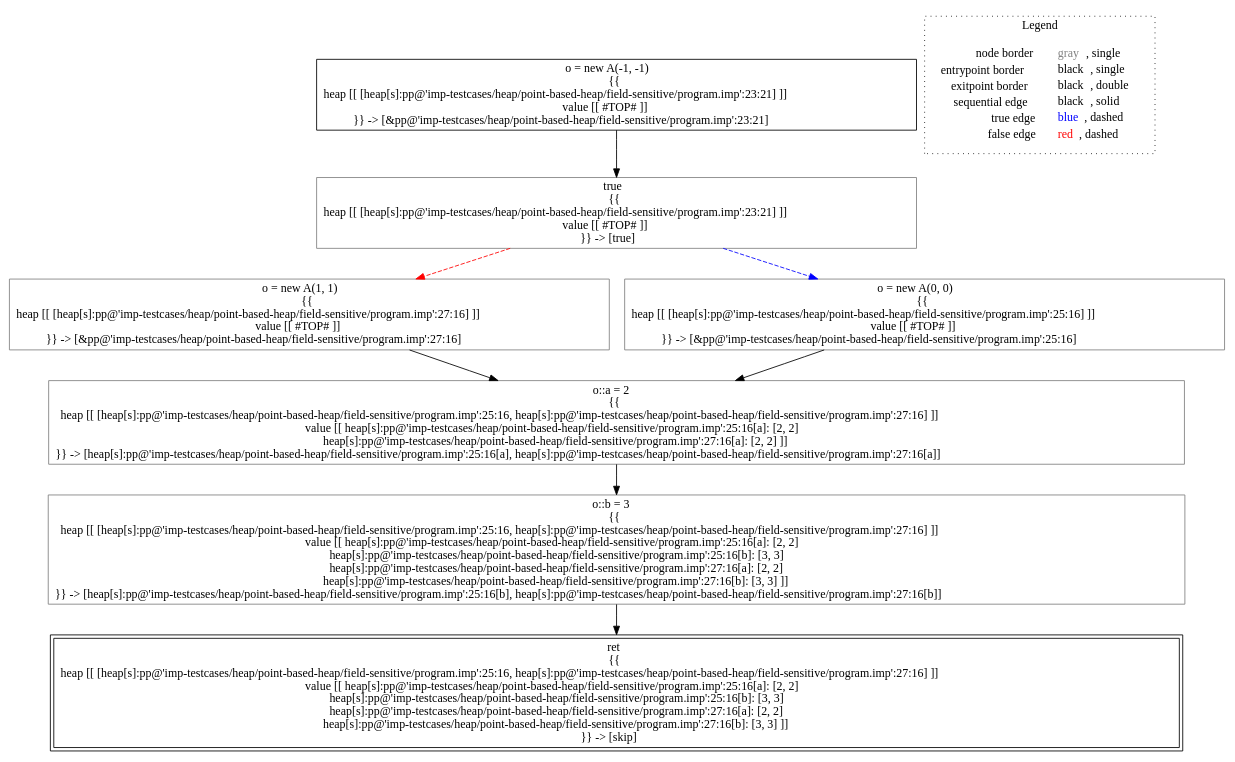
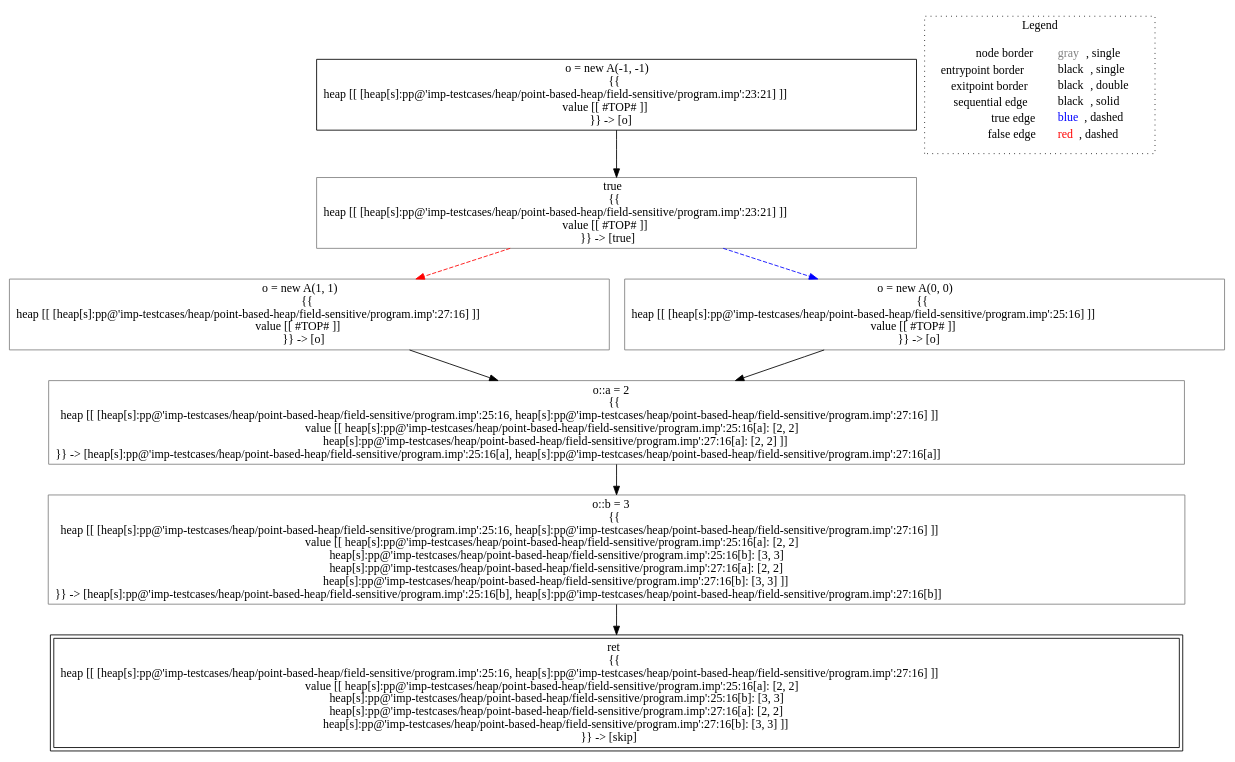
Before and after one commit to lisa-analyzer/lisa: the diagram in lisa/imp-testcases/heap/point-based-heap/field-sensitive/analysis___untyped_A.f3(A_this).dot, drawn with Graphviz. The commit also changed 33 other files, not shown here.

Commit message:
#95 refactored new heap symbolic expressions, removed rewriting in analysis state small step semantics and assign methods, point based heap tests

```diff
--- a/lisa/imp-testcases/heap/point-based-heap/field-sensitive/analysis___untyped_A.f3(A_this).dot
+++ b/lisa/imp-testcases/heap/point-based-heap/field-sensitive/analysis___untyped_A.f3(A_this).dot
@@ -1,23 +1,23 @@
 digraph {
-	"node0" [shape="rect",color="black",label=<o = new A(-1, -1)<BR/>{{<BR/>heap [[ [heap[s]:pp@'imp-testcases/heap/point-based-heap/field-sensitive/program.imp':23:21] ]]<BR/>value [[ #TOP# ]]<BR/>}} -&gt; [&amp;pp@'imp-testcases/heap/point-based-heap/field-sensitive/program.imp':23:21]>];
-	"node1" [shape="rect",color="gray",label=<o::a = 2<BR/>{{<BR/>heap [[ [heap[s]:pp@'imp-testcases/heap/point-based-heap/field-sensitive/program.imp':25:16, heap[s]:pp@'imp-testcases/heap/point-based-heap/field-sensitive/program.imp':27:16] ]]<BR/>value [[ heap[s]:pp@'imp-testcases/heap/point-based-heap/field-sensitive/program.imp':25:16[a]: [2, 2]<BR/>heap[s]:pp@'imp-testcases/heap/point-based-heap/field-sensitive/program.imp':27:16[a]: [2, 2] ]]<BR/>}} -&gt; [heap[s]:pp@'imp-testcases/heap/point-based-heap/field-sensitive/program.imp':25:16[a], heap[s]:pp@'imp-testcases/heap/point-based-heap/field-sensitive/program.imp':27:16[a]]>];
-	"node2" [shape="rect",color="gray",label=<o::b = 3<BR/>{{<BR/>heap [[ [heap[s]:pp@'imp-testcases/heap/point-based-heap/field-sensitive/program.imp':25:16, heap[s]:pp@'imp-testcases/heap/point-based-heap/field-sensitive/program.imp':27:16] ]]<BR/>value [[ heap[s]:pp@'imp-testcases/heap/point-based-heap/field-sensitive/program.imp':25:16[a]: [2, 2]<BR/>heap[s]:pp@'imp-testcases/heap/point-based-heap/field-sensitive/program.imp':25:16[b]: [3, 3]<BR/>heap[s]:pp@'imp-testcases/heap/point-based-heap/field-sensitive/program.imp':27:16[a]: [2, 2]<BR/>heap[s]:pp@'imp-testcases/heap/point-based-heap/field-sensitive/program.imp':27:16[b]: [3, 3] ]]<BR/>}} -&gt; [heap[s]:pp@'imp-testcases/heap/point-based-heap/field-sensitive/program.imp':25:16[b], heap[s]:pp@'imp-testcases/heap/point-based-heap/field-sensitive/program.imp':27:16[b]]>];
-	"node3" [shape="rect",color="gray",label=<true<BR/>{{<BR/>heap [[ [heap[s]:pp@'imp-testcases/heap/point-based-heap/field-sensitive/program.imp':23:21] ]]<BR/>value [[ #TOP# ]]<BR/>}} -&gt; [true]>];
-	"node4" [shape="rect",color="gray",label=<o = new A(1, 1)<BR/>{{<BR/>heap [[ [heap[s]:pp@'imp-testcases/heap/point-based-heap/field-sensitive/program.imp':27:16] ]]<BR/>value [[ #TOP# ]]<BR/>}} -&gt; [&amp;pp@'imp-testcases/heap/point-based-heap/field-sensitive/program.imp':27:16]>];
-	"node5" [shape="rect",color="black",peripheries="2",label=<ret<BR/>{{<BR/>heap [[ [heap[s]:pp@'imp-testcases/heap/point-based-heap/field-sensitive/program.imp':25:16, heap[s]:pp@'imp-testcases/heap/point-based-heap/field-sensitive/program.imp':27:16] ]]<BR/>value [[ heap[s]:pp@'imp-testcases/heap/point-based-heap/field-sensitive/program.imp':25:16[a]: [2, 2]<BR/>heap[s]:pp@'imp-testcases/heap/point-based-heap/field-sensitive/program.imp':25:16[b]: [3, 3]<BR/>heap[s]:pp@'imp-testcases/heap/point-based-heap/field-sensitive/program.imp':27:16[a]: [2, 2]<BR/>heap[s]:pp@'imp-testcases/heap/point-based-heap/field-sensitive/program.imp':27:16[b]: [3, 3] ]]<BR/>}} -&gt; [skip]>];
-	"node6" [shape="rect",color="gray",label=<o = new A(0, 0)<BR/>{{<BR/>heap [[ [heap[s]:pp@'imp-testcases/heap/point-based-heap/field-sensitive/program.imp':25:16] ]]<BR/>value [[ #TOP# ]]<BR/>}} -&gt; [&amp;pp@'imp-testcases/heap/point-based-heap/field-sensitive/program.imp':25:16]>];
-	"node0" -> "node3" [color="black"];
-	"node1" -> "node2" [color="black"];
-	"node2" -> "node5" [color="black"];
-	"node3" -> "node4" [color="red",style="dashed"];
-	"node3" -> "node6" [color="blue",style="dashed"];
-	"node4" -> "node1" [color="black"];
-	"node6" -> "node1" [color="black"];
+	"node0" [shape="rect",color="black",label=<o = new A(-1, -1)<BR/>{{<BR/>heap [[ [heap[s]:pp@'imp-testcases/heap/point-based-heap/field-sensitive/program.imp':23:21] ]]<BR/>value [[ #TOP# ]]<BR/>}} -&gt; [o]>];
+	"node1" [shape="rect",color="gray",label=<o = new A(1, 1)<BR/>{{<BR/>heap [[ [heap[s]:pp@'imp-testcases/heap/point-based-heap/field-sensitive/program.imp':27:16] ]]<BR/>value [[ #TOP# ]]<BR/>}} -&gt; [o]>];
+	"node2" [shape="rect",color="gray",label=<o = new A(0, 0)<BR/>{{<BR/>heap [[ [heap[s]:pp@'imp-testcases/heap/point-based-heap/field-sensitive/program.imp':25:16] ]]<BR/>value [[ #TOP# ]]<BR/>}} -&gt; [o]>];
+	"node3" [shape="rect",color="gray",label=<o::a = 2<BR/>{{<BR/>heap [[ [heap[s]:pp@'imp-testcases/heap/point-based-heap/field-sensitive/program.imp':25:16, heap[s]:pp@'imp-testcases/heap/point-based-heap/field-sensitive/program.imp':27:16] ]]<BR/>value [[ heap[s]:pp@'imp-testcases/heap/point-based-heap/field-sensitive/program.imp':25:16[a]: [2, 2]<BR/>heap[s]:pp@'imp-testcases/heap/point-based-heap/field-sensitive/program.imp':27:16[a]: [2, 2] ]]<BR/>}} -&gt; [heap[s]:pp@'imp-testcases/heap/point-based-heap/field-sensitive/program.imp':25:16[a], heap[s]:pp@'imp-testcases/heap/point-based-heap/field-sensitive/program.imp':27:16[a]]>];
+	"node4" [shape="rect",color="gray",label=<o::b = 3<BR/>{{<BR/>heap [[ [heap[s]:pp@'imp-testcases/heap/point-based-heap/field-sensitive/program.imp':25:16, heap[s]:pp@'imp-testcases/heap/point-based-heap/field-sensitive/program.imp':27:16] ]]<BR/>value [[ heap[s]:pp@'imp-testcases/heap/point-based-heap/field-sensitive/program.imp':25:16[a]: [2, 2]<BR/>heap[s]:pp@'imp-testcases/heap/point-based-heap/field-sensitive/program.imp':25:16[b]: [3, 3]<BR/>heap[s]:pp@'imp-testcases/heap/point-based-heap/field-sensitive/program.imp':27:16[a]: [2, 2]<BR/>heap[s]:pp@'imp-testcases/heap/point-based-heap/field-sensitive/program.imp':27:16[b]: [3, 3] ]]<BR/>}} -&gt; [heap[s]:pp@'imp-testcases/heap/point-based-heap/field-sensitive/program.imp':25:16[b], heap[s]:pp@'imp-testcases/heap/point-based-heap/field-sensitive/program.imp':27:16[b]]>];
+	"node5" [shape="rect",color="gray",label=<true<BR/>{{<BR/>heap [[ [heap[s]:pp@'imp-testcases/heap/point-based-heap/field-sensitive/program.imp':23:21] ]]<BR/>value [[ #TOP# ]]<BR/>}} -&gt; [true]>];
+	"node6" [shape="rect",color="black",peripheries="2",label=<ret<BR/>{{<BR/>heap [[ [heap[s]:pp@'imp-testcases/heap/point-based-heap/field-sensitive/program.imp':25:16, heap[s]:pp@'imp-testcases/heap/point-based-heap/field-sensitive/program.imp':27:16] ]]<BR/>value [[ heap[s]:pp@'imp-testcases/heap/point-based-heap/field-sensitive/program.imp':25:16[a]: [2, 2]<BR/>heap[s]:pp@'imp-testcases/heap/point-based-heap/field-sensitive/program.imp':25:16[b]: [3, 3]<BR/>heap[s]:pp@'imp-testcases/heap/point-based-heap/field-sensitive/program.imp':27:16[a]: [2, 2]<BR/>heap[s]:pp@'imp-testcases/heap/point-based-heap/field-sensitive/program.imp':27:16[b]: [3, 3] ]]<BR/>}} -&gt; [skip]>];
+	"node1" -> "node3" [color="black"];
+	"node2" -> "node3" [color="black"];
+	"node3" -> "node4" [color="black"];
+	"node4" -> "node6" [color="black"];
+	"node0" -> "node5" [color="black"];
+	"node5" -> "node1" [color="red",style="dashed"];
+	"node5" -> "node2" [color="blue",style="dashed"];
 subgraph cluster_legend {
 	label="Legend";
 	style=dotted;
 	node [shape=plaintext];
 	"legend" [label=<<table border="0" cellpadding="2" cellspacing="0" cellborder="0"><tr><td align="right">node border&nbsp;</td><td align="left"><font color="gray">gray</font>, single</td></tr><tr><td align="right">entrypoint border&nbsp;</td><td align="left"><font color="black">black</font>, single</td></tr><tr><td align="right">exitpoint border&nbsp;</td><td align="left"><font color="black">black</font>, double</td></tr><tr><td align="right">sequential edge&nbsp;</td><td align="left"><font color="black">black</font>, solid</td></tr><tr><td align="right">true edge&nbsp;</td><td align="left"><font color="blue">blue</font>, dashed</td></tr><tr><td align="right">false edge&nbsp;</td><td align="left"><font color="red">red</font>, dashed</td></tr></table>>];
 }
 
 }
```
